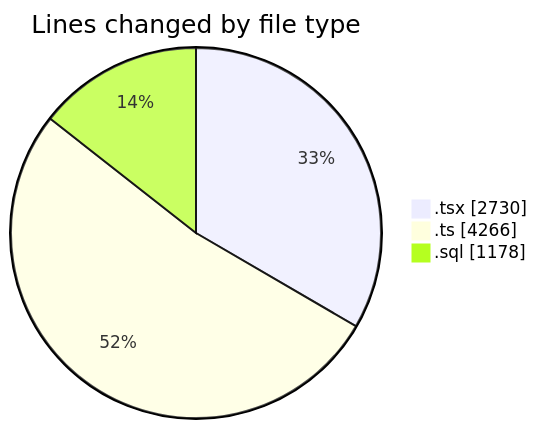
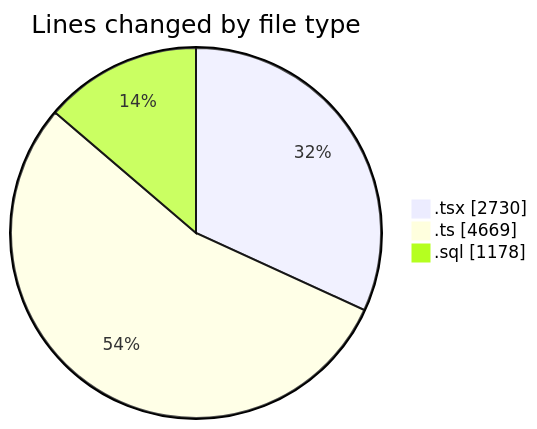
One commit to lephambinh05/code-tracking changed the first of 2 diagrams in 2025-09-05/hiai-phf/README.md. Above: the diagram before and after it, drawn with Mermaid. The commit also changed other lines of this file and 1 other file, not shown here.

````diff
--- a/2025-09-05/hiai-phf/README.md
+++ b/2025-09-05/hiai-phf/README.md
@@ -73,7 +73,7 @@
 ```mermaid
 pie showData
 title Lines changed by file type
 ".tsx" : 2730
-".ts" : 4266
+".ts" : 4669
 ".sql" : 1178
 ```
````
